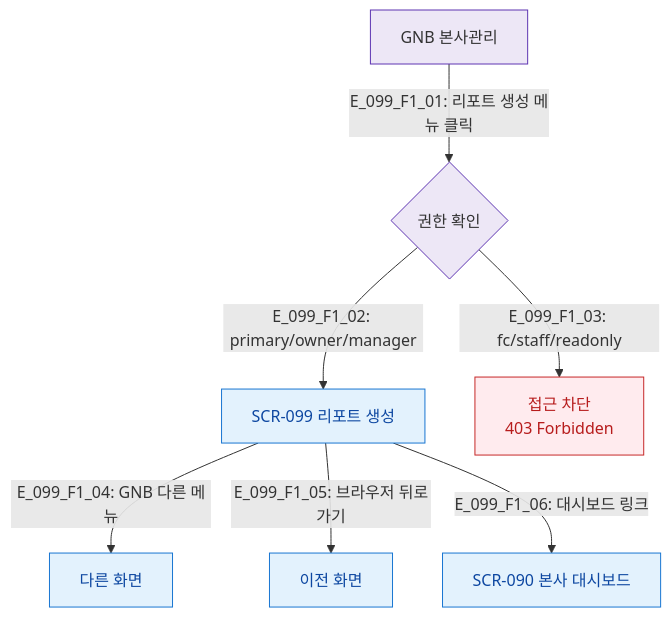
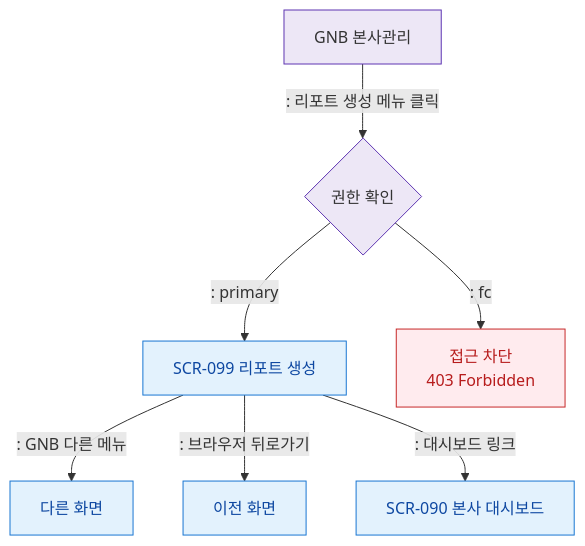
One commit to dev-spogym/admin-pando changed the diagram in docs/다이어그램/D10_본사관리/SCR-099_리포트생성/F1_진입.md. Above: the diagram before and after it, drawn with Mermaid. The commit also changed other lines of this file and 1660 other files, not shown here.

First line of the commit message:
다이어그램: 기획자/클라이언트 납품본으로 정리

````diff
--- a/docs/다이어그램/D10_본사관리/SCR-099_리포트생성/F1_진입.md
+++ b/docs/다이어그램/D10_본사관리/SCR-099_리포트생성/F1_진입.md
@@ -14,20 +12,20 @@
 ```mermaid
 flowchart TD
-  GNB[GNB 본사관리] -->|"E_099_F1_01: 리포트 생성 메뉴 클릭"| Auth{권한 확인}
+  GNB[GNB 본사관리] -->|": 리포트 생성 메뉴 클릭"|Auth{권한 확인}
 
-  Auth -->|"E_099_F1_02: primary/owner/manager"| SCR_099[SCR-099 리포트 생성]
-  Auth -->|"E_099_F1_03: fc/staff/readonly"| Blocked[접근 차단\n403 Forbidden]
+  Auth -->|": primary"|SCR_099[SCR-099 리포트 생성]
+  Auth -->|": fc"|Blocked[접근 차단\n403 Forbidden]
 
-  SCR_099 -->|"E_099_F1_04: GNB 다른 메뉴"| OtherSCR[다른 화면]
-  SCR_099 -->|"E_099_F1_05: 브라우저 뒤로가기"| PrevSCR[이전 화면]
-  SCR_099 -->|"E_099_F1_06: 대시보드 링크"| SCR_090[SCR-090 본사 대시보드]
+  SCR_099 -->|": GNB 다른 메뉴"|OtherSCR[다른 화면]
+  SCR_099 -->|": 브라우저 뒤로가기"|PrevSCR[이전 화면]
+  SCR_099 -->|": 대시보드 링크"|SCR_090[SCR-090 본사 대시보드]
 
   classDef screen fill:#E3F2FD,stroke:#1976D2,color:#0D47A1
   classDef system fill:#EDE7F6,stroke:#5E35B2
   classDef error fill:#FFEBEE,stroke:#C62828,color:#B71C1C
 
   class SCR_099,SCR_090 screen
   class GNB,Auth system
   class Blocked error
   class OtherSCR,PrevSCR screen
 ```
````
